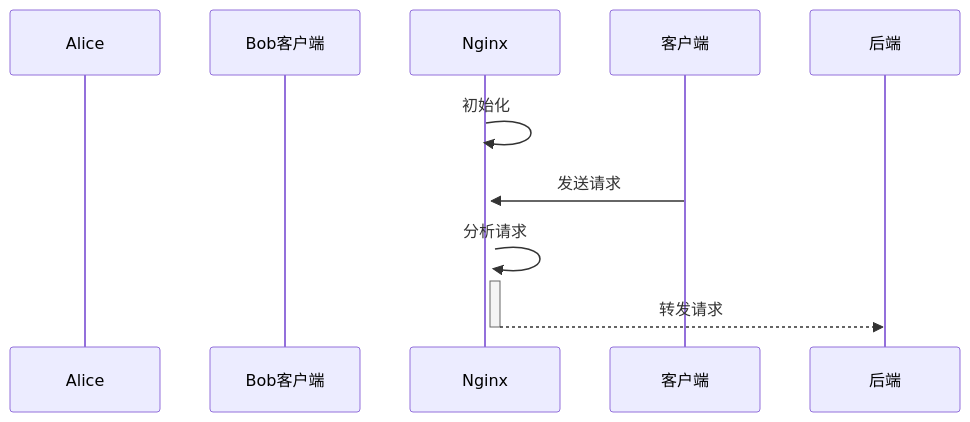
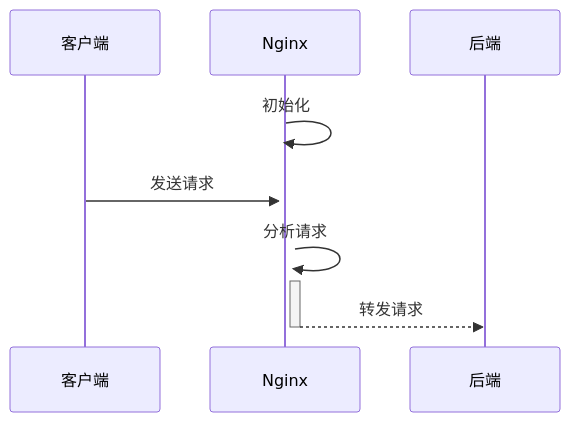
Before and after one commit to HY-10-8/iodraw-files: the diagram in all/未命名-7.md, drawn with Mermaid.

Commit message:
2026-11-18 11:13:29 update

````diff
--- a/all/未命名-7.md
+++ b/all/未命名-7.md
@@ -1,10 +1,10 @@
 ```mermaid
 sequenceDiagram
-       participant Alice
-    participant Bob客户端
+       participant 客户端
+    participant Nginx
     Nginx->>+Nginx: 初始化
     客户端->>+Nginx: 发送请求
     Nginx->>+Nginx: 分析请求
     Nginx-->>-后端: 转发请求
             
 ```
````
